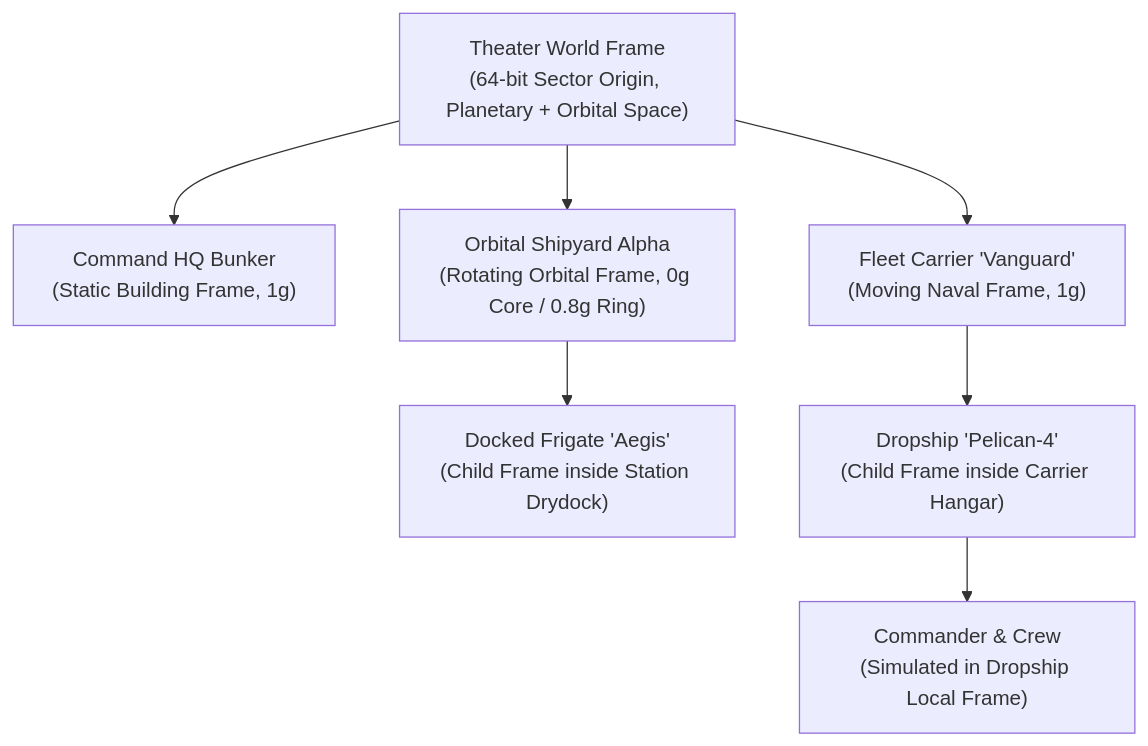
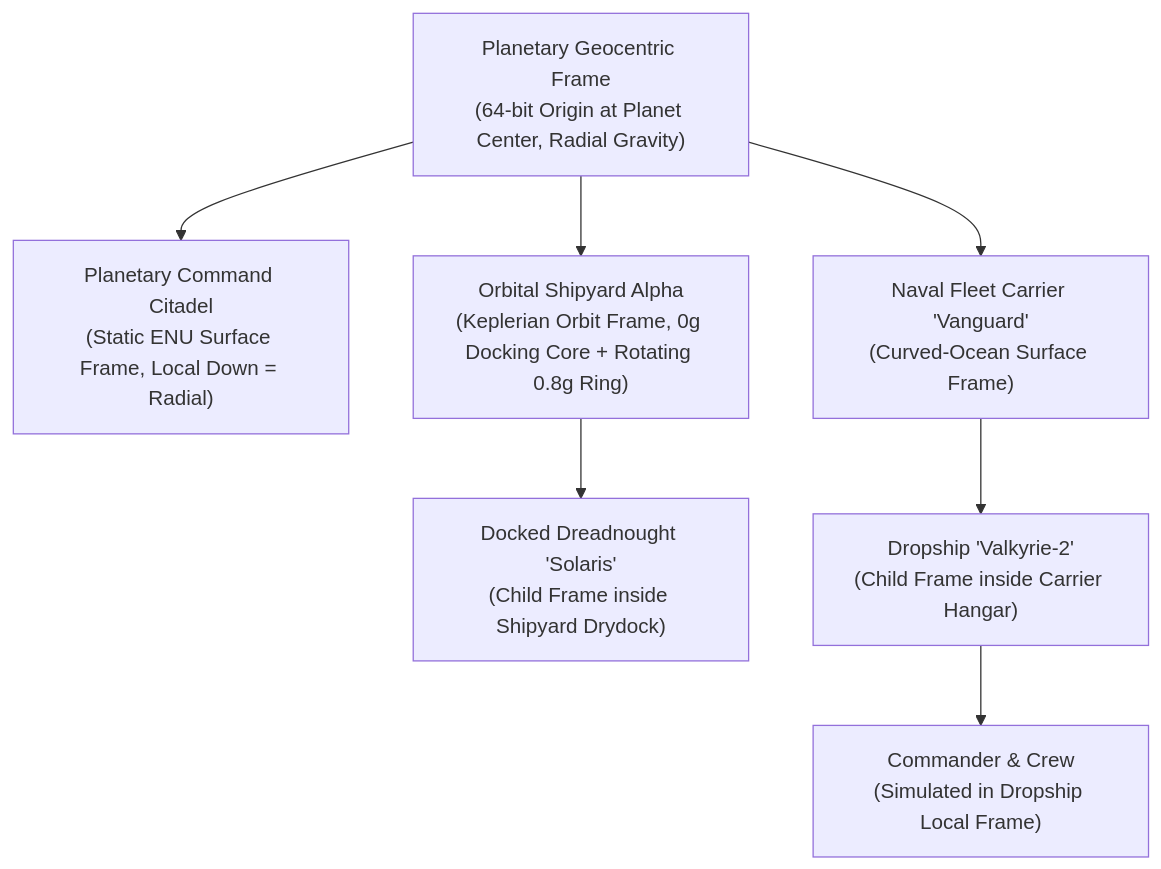
Before and after one commit to stbange/1prtsg: the second of 3 diagrams in docs/ARCHITECTURE.md, drawn with Mermaid. The commit also changed other lines of this file and 3 other files, not shown here.

Commit message:
docs: lock in space-opera, ironman, true-scale spherical planet & orbital mechanics design

````diff
--- a/docs/ARCHITECTURE.md
+++ b/docs/ARCHITECTURE.md
@@ -119,17 +139,17 @@
 ```mermaid
 flowchart TD
-    ROOT["Theater World Frame\n(64-bit Sector Origin, Planetary + Orbital Space)"]
-    HQ["Command HQ Bunker\n(Static Building Frame, 1g)"]
-    CARRIER["Fleet Carrier 'Vanguard'\n(Moving Naval Frame, 1g)"]
-    STATION["Orbital Shipyard Alpha\n(Rotating Orbital Frame, 0g Core / 0.8g Ring)"]
-    FRIGATE["Docked Frigate 'Aegis'\n(Child Frame inside Station Drydock)"]
-    DROPSHIP["Dropship 'Pelican-4'\n(Child Frame inside Carrier Hangar)"]
+    PLANET["Planetary Geocentric Frame\n(64-bit Origin at Planet Center, Radial Gravity)"]
+    CITADEL["Planetary Command Citadel\n(Static ENU Surface Frame, Local Down = Radial)"]
+    CARRIER["Naval Fleet Carrier 'Vanguard'\n(Curved-Ocean Surface Frame)"]
+    SHIPYARD["Orbital Shipyard Alpha\n(Keplerian Orbit Frame, 0g Docking Core + Rotating 0.8g Ring)"]
+    DREAD["Docked Dreadnought 'Solaris'\n(Child Frame inside Shipyard Drydock)"]
+    DROPSHIP["Dropship 'Valkyrie-2'\n(Child Frame inside Carrier Hangar)"]
     CMD["Commander & Crew\n(Simulated in Dropship Local Frame)"]
 
-    ROOT --> HQ
-    ROOT --> CARRIER
-    ROOT --> STATION
-    STATION --> FRIGATE
+    PLANET --> CITADEL
+    PLANET --> CARRIER
+    PLANET --> SHIPYARD
+    SHIPYARD --> DREAD
     CARRIER --> DROPSHIP
     DROPSHIP --> CMD
 ```
````
